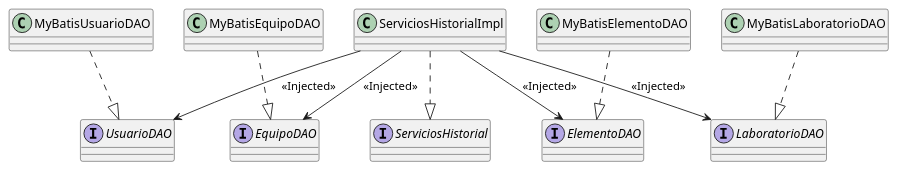
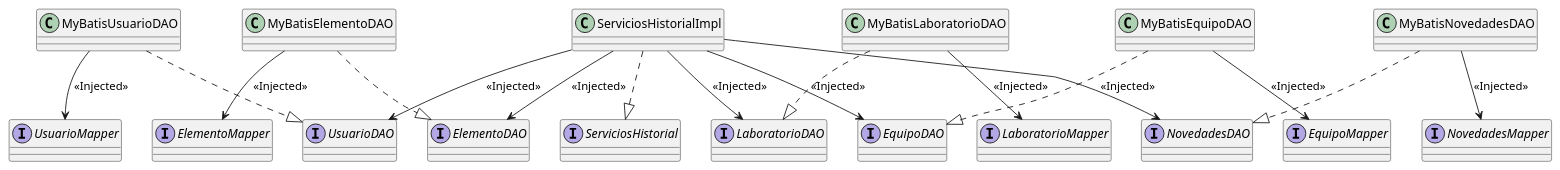
One commit to proyectocvds2019/NGCM changed the diagram in diagramaClases.puml. Above: the diagram before and after it, drawn with PlantUML. The commit also changed 1 other file, not shown here.

Commit message:
Actualizacion de diagrama de clases

```diff
--- a/diagramaClases.puml
+++ b/diagramaClases.puml
@@ -1,27 +1,42 @@
 @startuml
 
 interface ServiciosHistorial
 interface UsuarioDAO
 interface ElementoDAO
 interface EquipoDAO
 interface LaboratorioDAO
+interface NovedadesDAO
+
+interface UsuarioMapper
+interface ElementoMapper
+interface EquipoMapper
+interface LaboratorioMapper
+interface NovedadesMapper
 
 class ServiciosHistorialImpl
 class MyBatisUsuarioDAO
 class MyBatisElementoDAO
 class MyBatisEquipoDAO
 class MyBatisLaboratorioDAO
+class MyBatisNovedadesDAO
 
 ServiciosHistorialImpl ..|> ServiciosHistorial
 ServiciosHistorialImpl --> UsuarioDAO : <<Injected>>
 ServiciosHistorialImpl --> ElementoDAO : <<Injected>>
 ServiciosHistorialImpl --> EquipoDAO : <<Injected>>
 ServiciosHistorialImpl --> LaboratorioDAO : <<Injected>>
+ServiciosHistorialImpl --> NovedadesDAO : <<Injected>>
 
 MyBatisUsuarioDAO ..|> UsuarioDAO
 MyBatisElementoDAO ..|> ElementoDAO
 MyBatisEquipoDAO ..|> EquipoDAO
 MyBatisLaboratorioDAO ..|> LaboratorioDAO
+MyBatisNovedadesDAO ..|> NovedadesDAO
 
+MyBatisElementoDAO --> ElementoMapper : <<Injected>>
+MyBatisEquipoDAO --> EquipoMapper : <<Injected>>
+MyBatisLaboratorioDAO --> LaboratorioMapper : <<Injected>>
+MyBatisUsuarioDAO --> UsuarioMapper : <<Injected>>
+MyBatisNovedadesDAO --> NovedadesMapper : <<Injected>>
 
 @enduml
```
